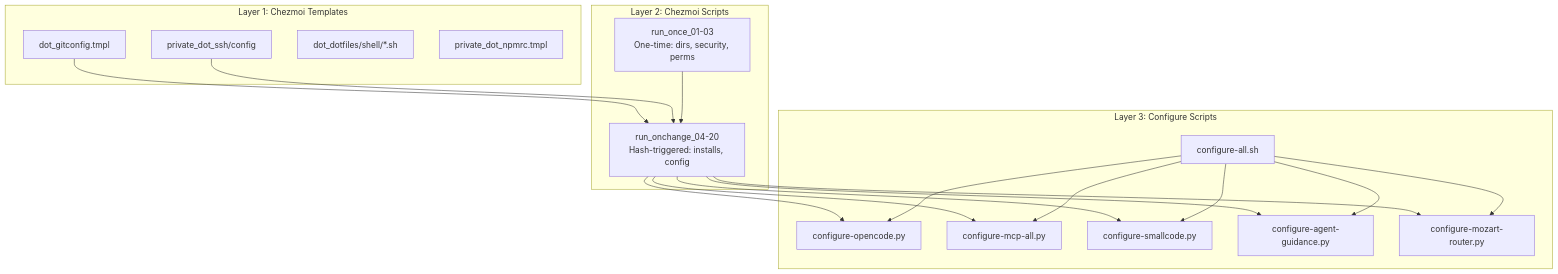
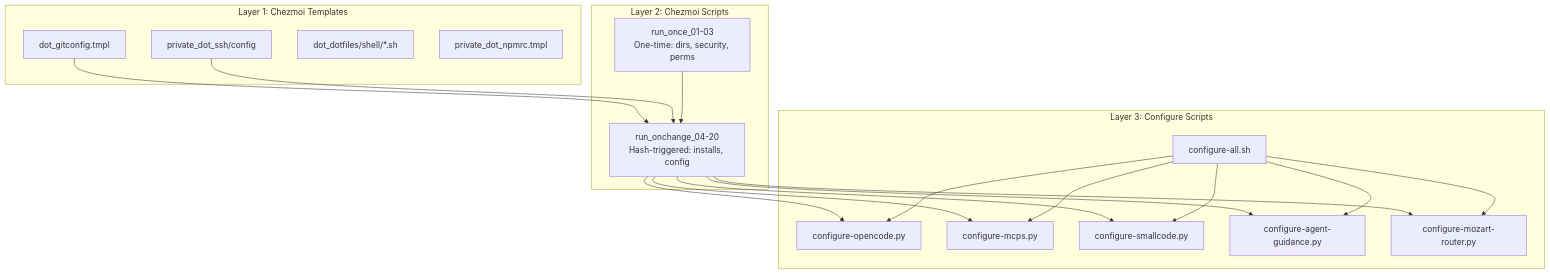
Before and after one commit to randytarampi/dotfiles: the first of 3 diagrams in docs/ORCHESTRATION.md, drawn with Mermaid. The commit also changed other lines of this file and 22 other files, not shown here.

First line of the commit message:
feat!: Clarify `configure-ai` as `configure-secrets`, `configure-mcp-all` as `configure-mcps`, and `configure-jetbrains-workspace` as `configure-jetbrains-workspace-project`

````diff
--- a/docs/ORCHESTRATION.md
+++ b/docs/ORCHESTRATION.md
@@ -15,37 +15,37 @@
 ```mermaid
 flowchart TD
     subgraph "Layer 1: Chezmoi Templates"
         T1[dot_gitconfig.tmpl]
         T2[private_dot_ssh/config]
         T3[dot_dotfiles/shell/*.sh]
         T4[private_dot_npmrc.tmpl]
     end
 
     subgraph "Layer 2: Chezmoi Scripts"
         S1[run_once_01-03<br/>One-time: dirs, security, perms]
         S2[run_onchange_04-20<br/>Hash-triggered: installs, config]
     end
 
     subgraph "Layer 3: Configure Scripts"
         C1[configure-opencode.py]
-        C2[configure-mcp-all.py]
+        C2[configure-mcps.py]
         C3[configure-smallcode.py]
         C4[configure-all.sh]
         C5[configure-agent-guidance.py]
         C6[configure-mozart-router.py]
     end
 
     T1 --> S2
     T2 --> S2
     S1 --> S2
     S2 --> C1
     S2 --> C2
     S2 --> C3
     S2 --> C5
     S2 --> C6
     C4 --> C1
     C4 --> C2
     C4 --> C3
     C4 --> C5
     C4 --> C6
 ```
````
